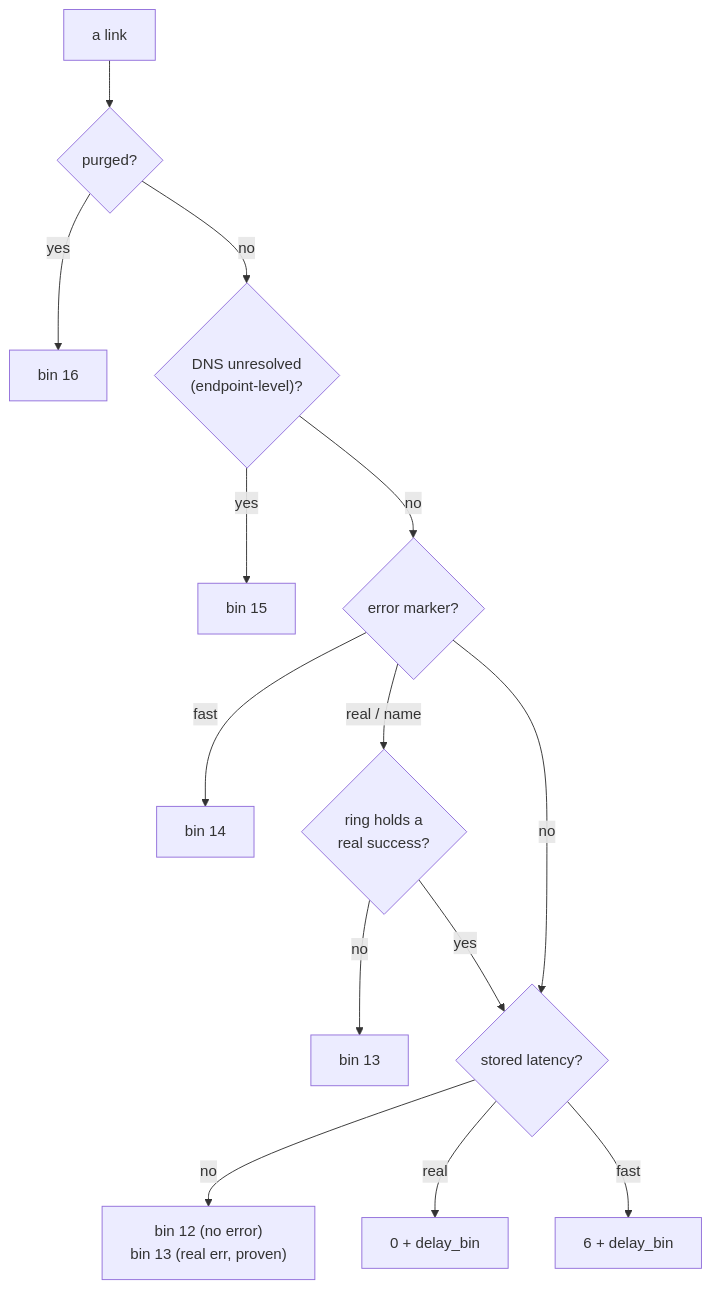
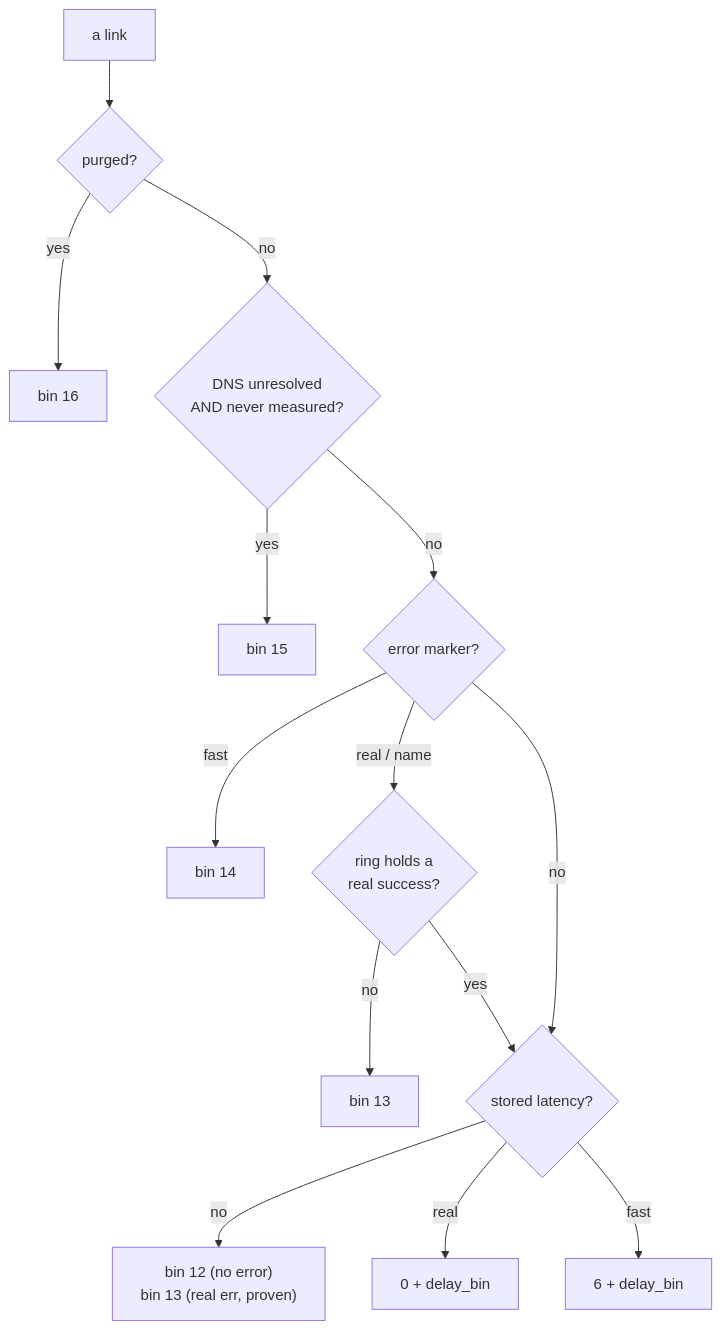
One commit to SaelKimberly/leas changed the first of 2 diagrams in docs/reference/ordering-law.md. Above: the diagram before and after it, drawn with Mermaid. The commit also changed other lines of this file and 6 other files, not shown here.

````diff
--- a/docs/reference/ordering-law.md
+++ b/docs/reference/ordering-law.md
@@ -93,16 +107,16 @@
 ```mermaid
 flowchart TD
     A["a link"] --> P{"purged?"}
     P -- yes --> B16["bin 16"]
-    P -- no --> D{"DNS unresolved<br/>(endpoint-level)?"}
+    P -- no --> D{"DNS unresolved<br/>AND never measured?"}
     D -- yes --> B15["bin 15"]
     D -- no --> E{"error marker?"}
     E -- "fast" --> B14["bin 14"]
     E -- "real / name" --> PR{"ring holds a<br/>real success?"}
     PR -- "no" --> B13["bin 13"]
     PR -- "yes" --> M{"stored latency?"}
     E -- no --> M
     M -- "no" --> B12["bin 12 (no error)<br/>bin 13 (real err, proven)"]
     M -- "real" --> R["0 + delay_bin"]
     M -- "fast" --> F["6 + delay_bin"]
 ```
````
